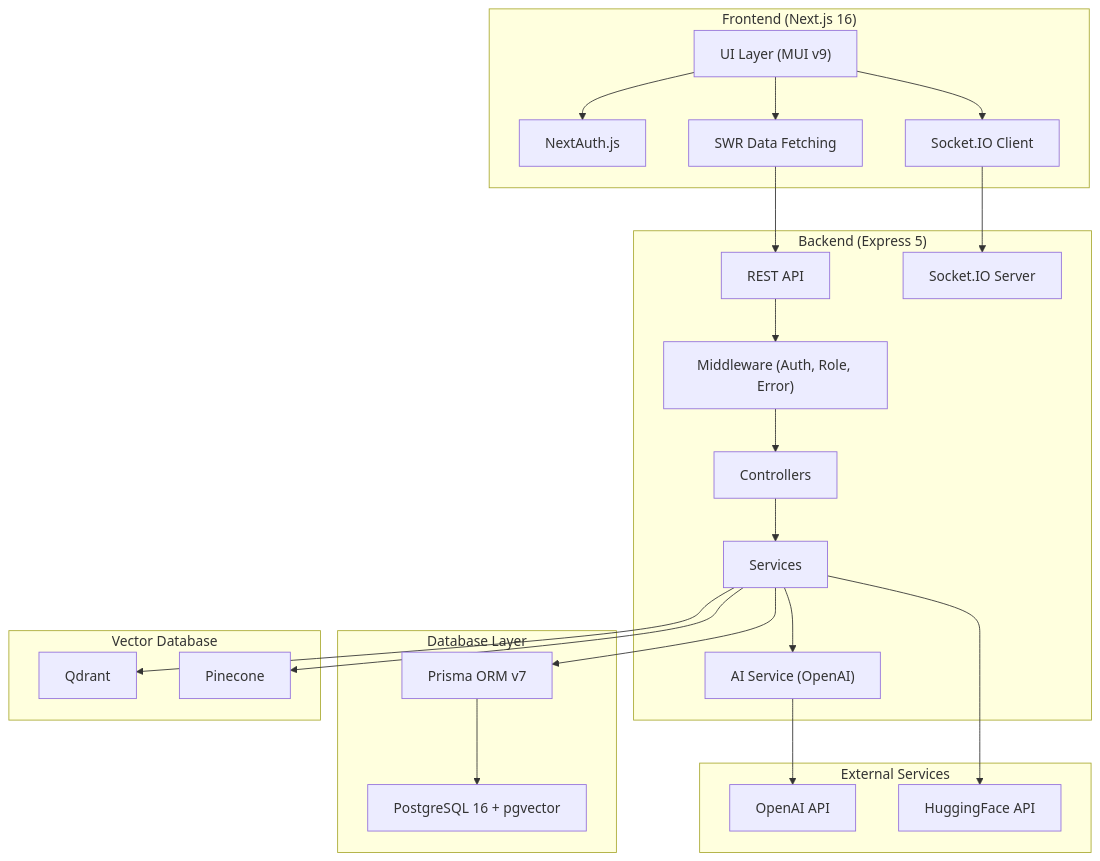
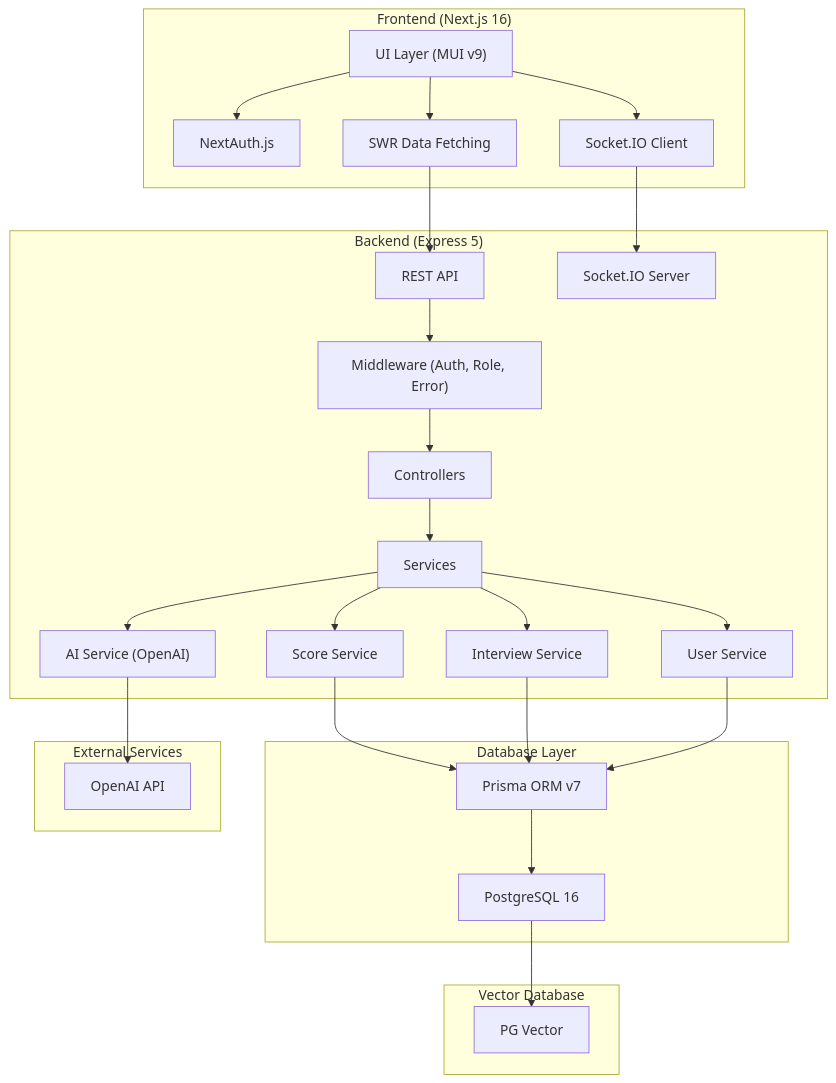
One commit to yazid138/wawancara-fe changed the first of 3 diagrams in PRD_Wawancara_AI.md. Above: the diagram before and after it, drawn with Mermaid.

Commit message:
refactor: update architecture diagram to include new services and consolidate database dependencies

````diff
--- a/PRD_Wawancara_AI.md
+++ b/PRD_Wawancara_AI.md
@@ -34,45 +34,47 @@
 ```mermaid
 graph TB
     subgraph Frontend["Frontend (Next.js 16)"]
         UI["UI Layer (MUI v9)"]
         Auth["NextAuth.js"]
         SWR["SWR Data Fetching"]
         SocketC["Socket.IO Client"]
     end
 
     subgraph Backend["Backend (Express 5)"]
         API["REST API"]
         SocketS["Socket.IO Server"]
         MW["Middleware (Auth, Role, Error)"]
         CTRL["Controllers"]
         SVC["Services"]
         AI["AI Service (OpenAI)"]
+        Score["Score Service"]
+        Interview["Interview Service"]
+        User["User Service"]
     end
 
     subgraph Database["Database Layer"]
-        PG["PostgreSQL 16 + pgvector"]
+        PG["PostgreSQL 16"]
         Prisma["Prisma ORM v7"]
     end
 
     subgraph VectorDB["Vector Database"]
-        Qdrant["Qdrant"]
-        Pinecone["Pinecone"]
+        PGVector["PG Vector"]
     end
 
     subgraph External["External Services"]
         OpenAI["OpenAI API"]
-        HF["HuggingFace API"]
     end
 
     UI --> Auth
     UI --> SWR
     UI --> SocketC
     SWR --> API
     SocketC --> SocketS
     API --> MW --> CTRL --> SVC
     SVC --> AI --> OpenAI
-    SVC --> Prisma --> PG
-    SVC --> Qdrant
-    SVC --> Pinecone
-    SVC --> HF
+    SVC --> Score --> Prisma
+    SVC --> Interview --> Prisma
+    SVC --> User --> Prisma
+    Prisma --> PG
+    PG --> PGVector
 ```
````
